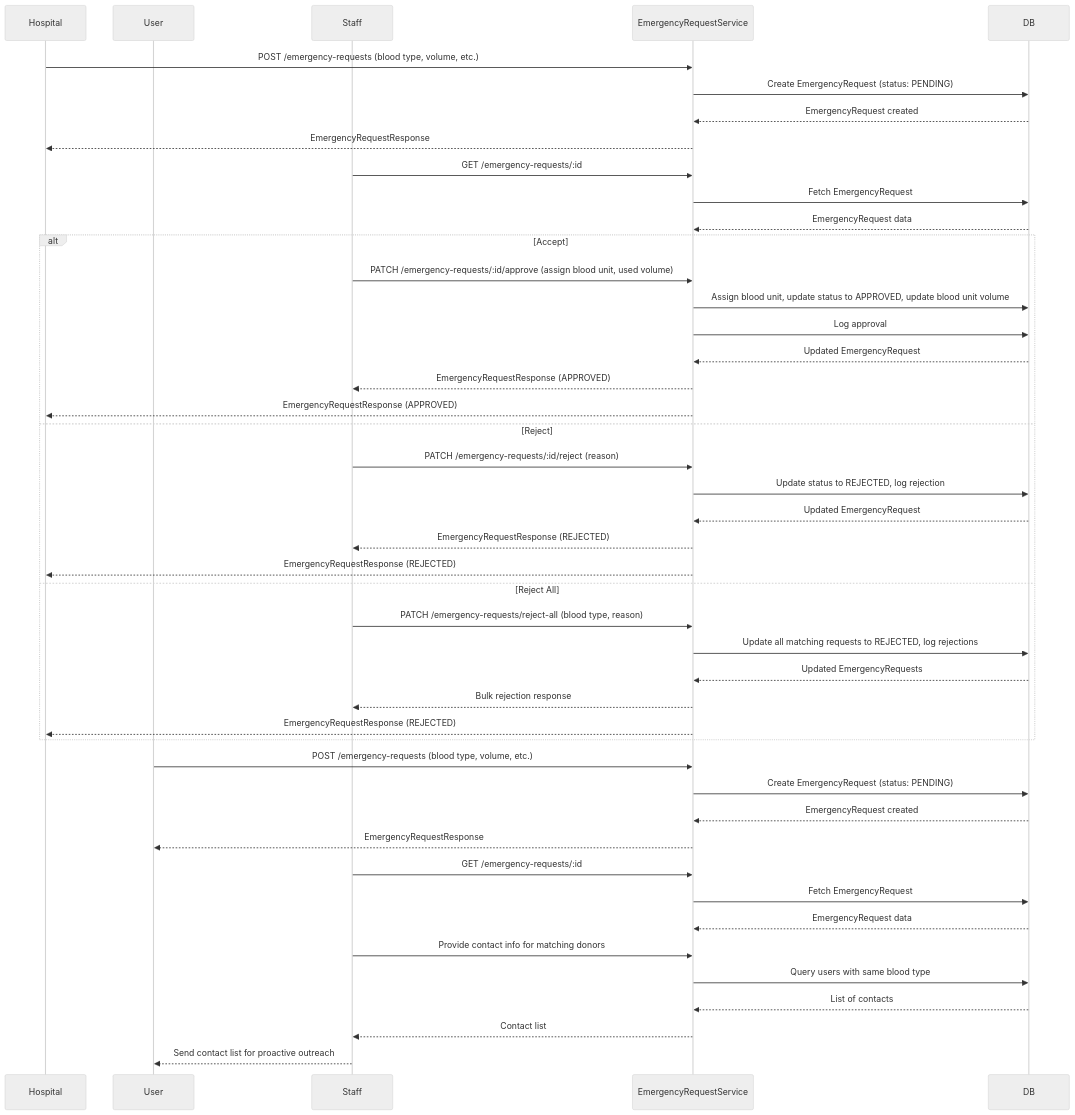
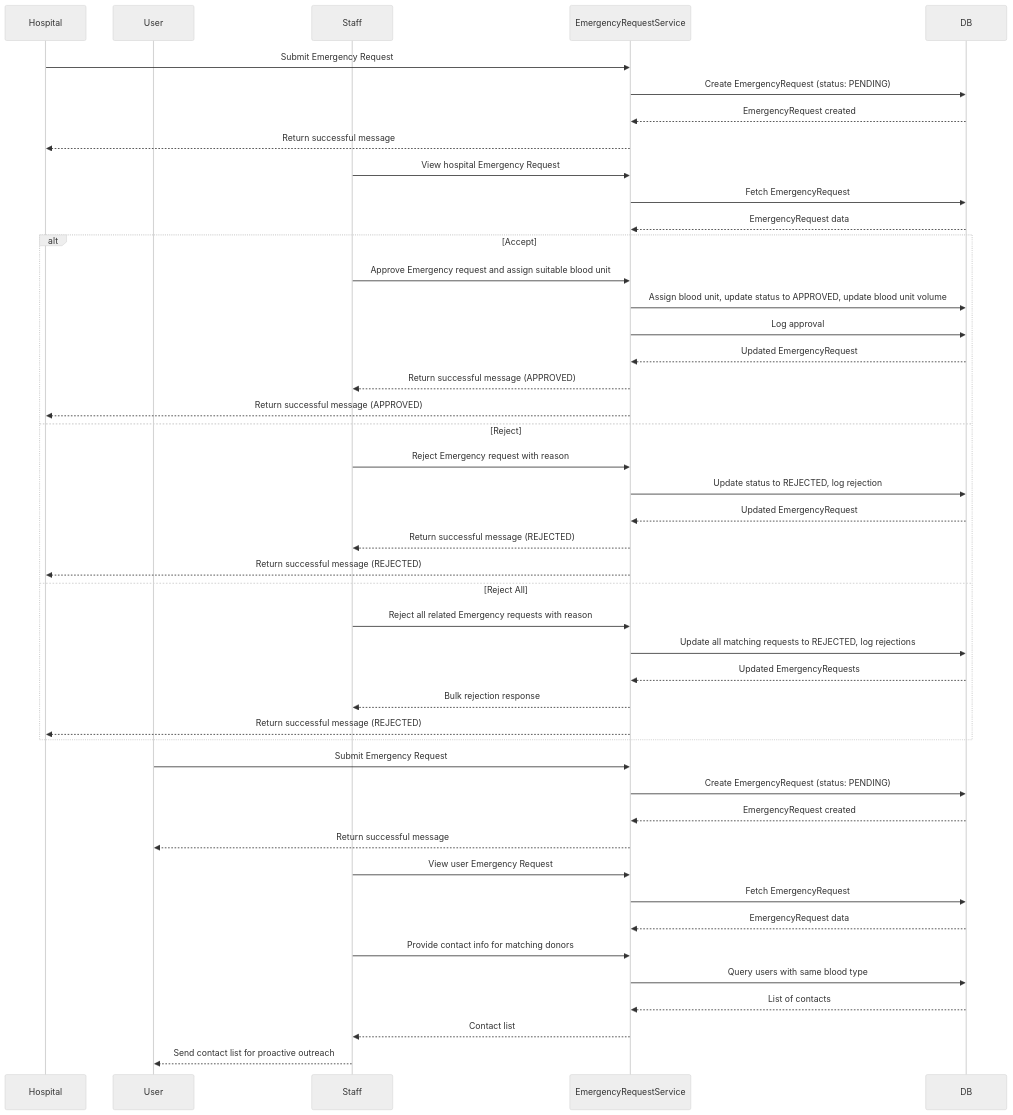
Before and after one commit to phamnguyenviethung/bloodlink-be: the diagram in docs/emergency-request-flow.md, drawn with Mermaid (neutral theme). The commit also changed 1 other file, not shown here.

Commit message:
Update Mermaid sequence

````diff
--- a/docs/emergency-request-flow.md
+++ b/docs/emergency-request-flow.md
@@ -28,58 +28,47 @@
 ```mermaid
 sequenceDiagram
-    %% Hospital Case
     participant Hospital
     participant User
     participant Staff
     participant EmergencyRequestService
     participant DB
-
-    %% Hospital submits request
-    Hospital->>EmergencyRequestService: POST /emergency-requests (blood type, volume, etc.)
+    Hospital->>EmergencyRequestService: Submit Emergency Request
     EmergencyRequestService->>DB: Create EmergencyRequest (status: PENDING)
     DB-->>EmergencyRequestService: EmergencyRequest created
-    EmergencyRequestService-->>Hospital: EmergencyRequestResponse
-
-    %% Staff reviews hospital request
-    Staff->>EmergencyRequestService: GET /emergency-requests/:id
+    EmergencyRequestService-->>Hospital: Return successful message
+    Staff->>EmergencyRequestService: View hospital Emergency Request
     EmergencyRequestService->>DB: Fetch EmergencyRequest
     DB-->>EmergencyRequestService: EmergencyRequest data
-
     alt Accept
-        Staff->>EmergencyRequestService: PATCH /emergency-requests/:id/approve (assign blood unit, used volume)
+        Staff->>EmergencyRequestService: Approve Emergency request and assign suitable blood unit
         EmergencyRequestService->>DB: Assign blood unit, update status to APPROVED, update blood unit volume
         EmergencyRequestService->>DB: Log approval
         DB-->>EmergencyRequestService: Updated EmergencyRequest
-        EmergencyRequestService-->>Staff: EmergencyRequestResponse (APPROVED)
-        EmergencyRequestService-->>Hospital: EmergencyRequestResponse (APPROVED)
+        EmergencyRequestService-->>Staff: Return successful message (APPROVED)
+        EmergencyRequestService-->>Hospital: Return successful message (APPROVED)
     else Reject
-        Staff->>EmergencyRequestService: PATCH /emergency-requests/:id/reject (reason)
+        Staff->>EmergencyRequestService: Reject Emergency request with reason
         EmergencyRequestService->>DB: Update status to REJECTED, log rejection
         DB-->>EmergencyRequestService: Updated EmergencyRequest
-        EmergencyRequestService-->>Staff: EmergencyRequestResponse (REJECTED)
-        EmergencyRequestService-->>Hospital: EmergencyRequestResponse (REJECTED)
+        EmergencyRequestService-->>Staff: Return successful message (REJECTED)
+        EmergencyRequestService-->>Hospital: Return successful message (REJECTED)
     else Reject All
-        Staff->>EmergencyRequestService: PATCH /emergency-requests/reject-all (blood type, reason)
+        Staff->>EmergencyRequestService: Reject all related Emergency requests with reason
         EmergencyRequestService->>DB: Update all matching requests to REJECTED, log rejections
         DB-->>EmergencyRequestService: Updated EmergencyRequests
         EmergencyRequestService-->>Staff: Bulk rejection response
-        EmergencyRequestService-->>Hospital: EmergencyRequestResponse (REJECTED)
+        EmergencyRequestService-->>Hospital: Return successful message (REJECTED)
     end
-
-    %% User Case
-    User->>EmergencyRequestService: POST /emergency-requests (blood type, volume, etc.)
+    User->>EmergencyRequestService: Submit Emergency Request
     EmergencyRequestService->>DB: Create EmergencyRequest (status: PENDING)
     DB-->>EmergencyRequestService: EmergencyRequest created
-    EmergencyRequestService-->>User: EmergencyRequestResponse
-
-    Staff->>EmergencyRequestService: GET /emergency-requests/:id
+    EmergencyRequestService-->>User: Return successful message
+    Staff->>EmergencyRequestService: View user Emergency Request
     EmergencyRequestService->>DB: Fetch EmergencyRequest
     DB-->>EmergencyRequestService: EmergencyRequest data
-
-    %% Staff provides contact info instead of blood unit
     Staff->>EmergencyRequestService: Provide contact info for matching donors
     EmergencyRequestService->>DB: Query users with same blood type
     DB-->>EmergencyRequestService: List of contacts
     EmergencyRequestService-->>Staff: Contact list
     Staff-->>User: Send contact list for proactive outreach
 ```
````
